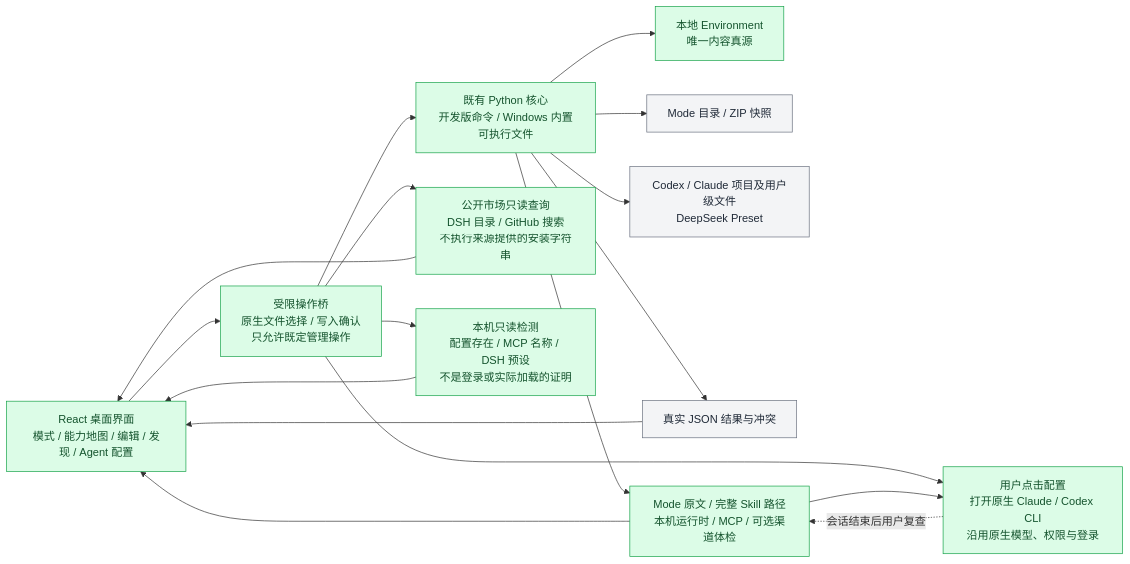
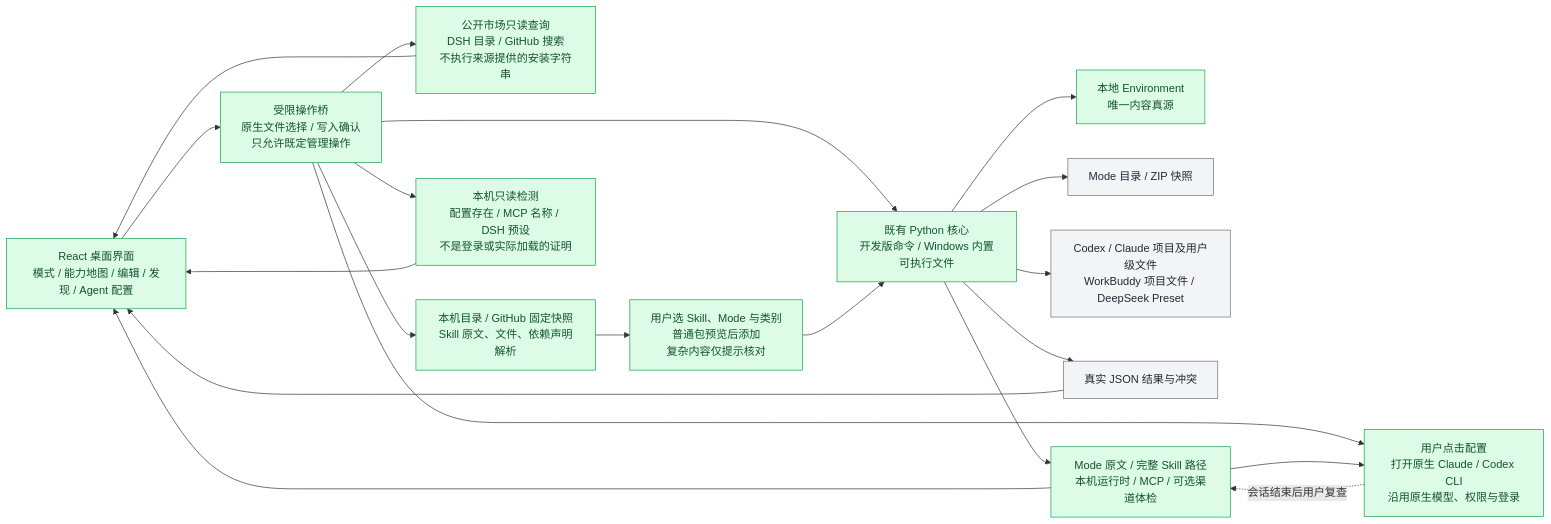
The seventh of 20 diagrams in docs/asl-architecture-views.md (qihangzhang-272/asl-harness), drawn with Mermaid before and after one commit. The commit also changed other lines of this file, not shown here.

````diff
--- a/docs/asl-architecture-views.md
+++ b/docs/asl-architecture-views.md
@@ -603,23 +610,26 @@
 ```mermaid
 flowchart LR
     UI["React 桌面界面<br/>模式 / 能力地图 / 编辑 / 发现 / Agent 配置"] --> IPC["受限操作桥<br/>原生文件选择 / 写入确认<br/>只允许既定管理操作"]
     IPC --> CORE["既有 Python 核心<br/>开发版命令 / Windows 内置可执行文件"]
     CORE --> ENV["本地 Environment<br/>唯一内容真源"]
     CORE --> PACK["Mode 目录 / ZIP 快照"]
-    CORE --> HOST["Codex / Claude 项目及用户级文件<br/>DeepSeek Preset"]
+    CORE --> HOST["Codex / Claude 项目及用户级文件<br/>WorkBuddy 项目文件 / DeepSeek Preset"]
     CORE --> RESULT["真实 JSON 结果与冲突"]
     IPC --> MARKET["公开市场只读查询<br/>DSH 目录 / GitHub 搜索<br/>不执行来源提供的安装字符串"]
+    IPC --> SCAN["本机目录 / GitHub 固定快照<br/>Skill 原文、文件、依赖声明解析"]
+    SCAN --> CHOICE["用户选 Skill、Mode 与类别<br/>普通包预览后添加<br/>复杂内容仅提示核对"]
+    CHOICE --> CORE
     IPC --> NATIVE["本机只读检测<br/>配置存在 / MCP 名称 / DSH 预设<br/>不是登录或实际加载的证明"]
     CORE --> CHECK["Mode 原文 / 完整 Skill 路径<br/>本机运行时 / MCP / 可选渠道体检"]
     IPC --> ASSIST["用户点击配置<br/>打开原生 Claude / Codex CLI<br/>沿用原生模型、权限与登录"]
     CHECK --> ASSIST
     ASSIST -.会话结束后用户复查.-> CHECK
     CHECK --> UI
     MARKET --> UI
     NATIVE --> UI
     RESULT --> UI
     classDef done fill:#dcfce7,stroke:#16a34a,color:#14532d;
     classDef generated fill:#f3f4f6,stroke:#6b7280,color:#1f2937;
-    class UI,IPC,CORE,ENV,MARKET,NATIVE,CHECK,ASSIST done;
+    class UI,IPC,CORE,ENV,MARKET,SCAN,CHOICE,NATIVE,CHECK,ASSIST done;
     class PACK,HOST,RESULT generated;
 ```
````
